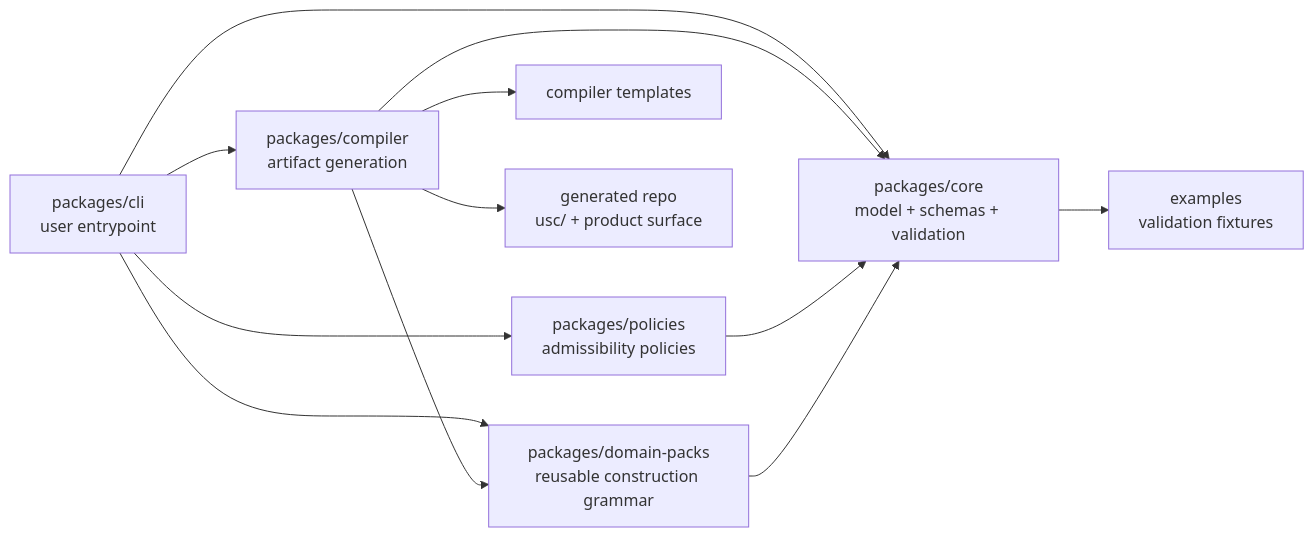
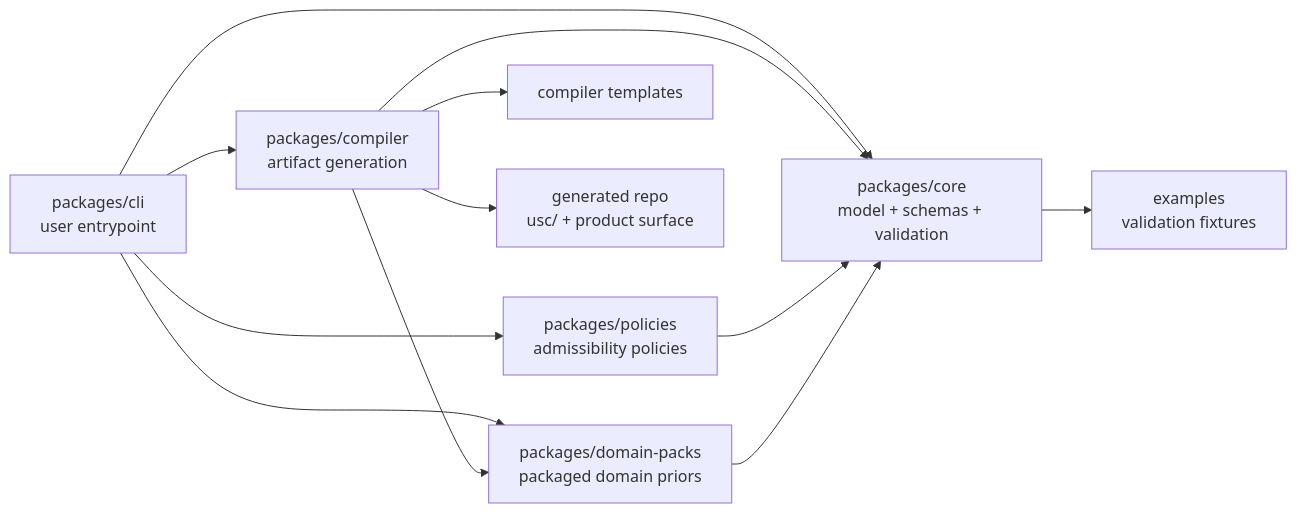
The second of 9 diagrams in docs/system.md (andrey-kokoev/narada.usc), drawn with Mermaid before and after one commit. The commit also changed other lines of this file and 5 other files, not shown here.

First line of the commit message:
refactor(usc): reframe domain packs as packaged domain priors

````diff
--- a/docs/system.md
+++ b/docs/system.md
@@ -57,16 +57,16 @@
 ```mermaid
 flowchart LR
   CLI["packages/cli<br>user entrypoint"] --> Core["packages/core<br>model + schemas + validation"]
   CLI --> Compiler["packages/compiler<br>artifact generation"]
   CLI --> Policies["packages/policies<br>admissibility policies"]
-  CLI --> DomainPacks["packages/domain-packs<br>reusable construction grammar"]
+  CLI --> DomainPacks["packages/domain-packs<br>packaged domain priors"]
 
   Compiler --> Templates["compiler templates"]
   Compiler --> Core
   Compiler --> DomainPacks
   Policies --> Core
   DomainPacks --> Core
 
   Core --> Examples["examples<br>validation fixtures"]
   Compiler --> GeneratedRepo["generated repo<br>usc/ + product surface"]
 ```
````
